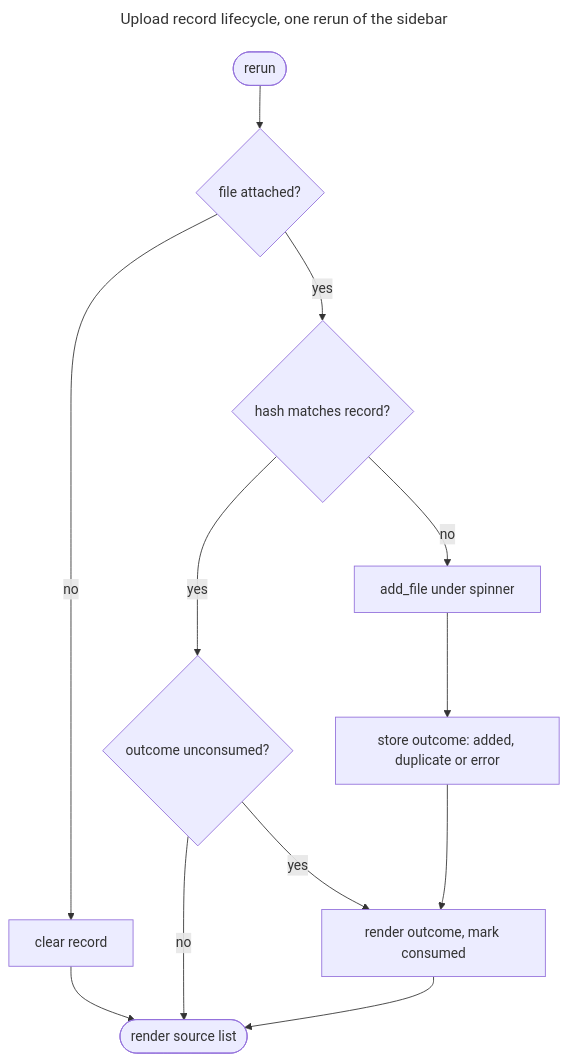
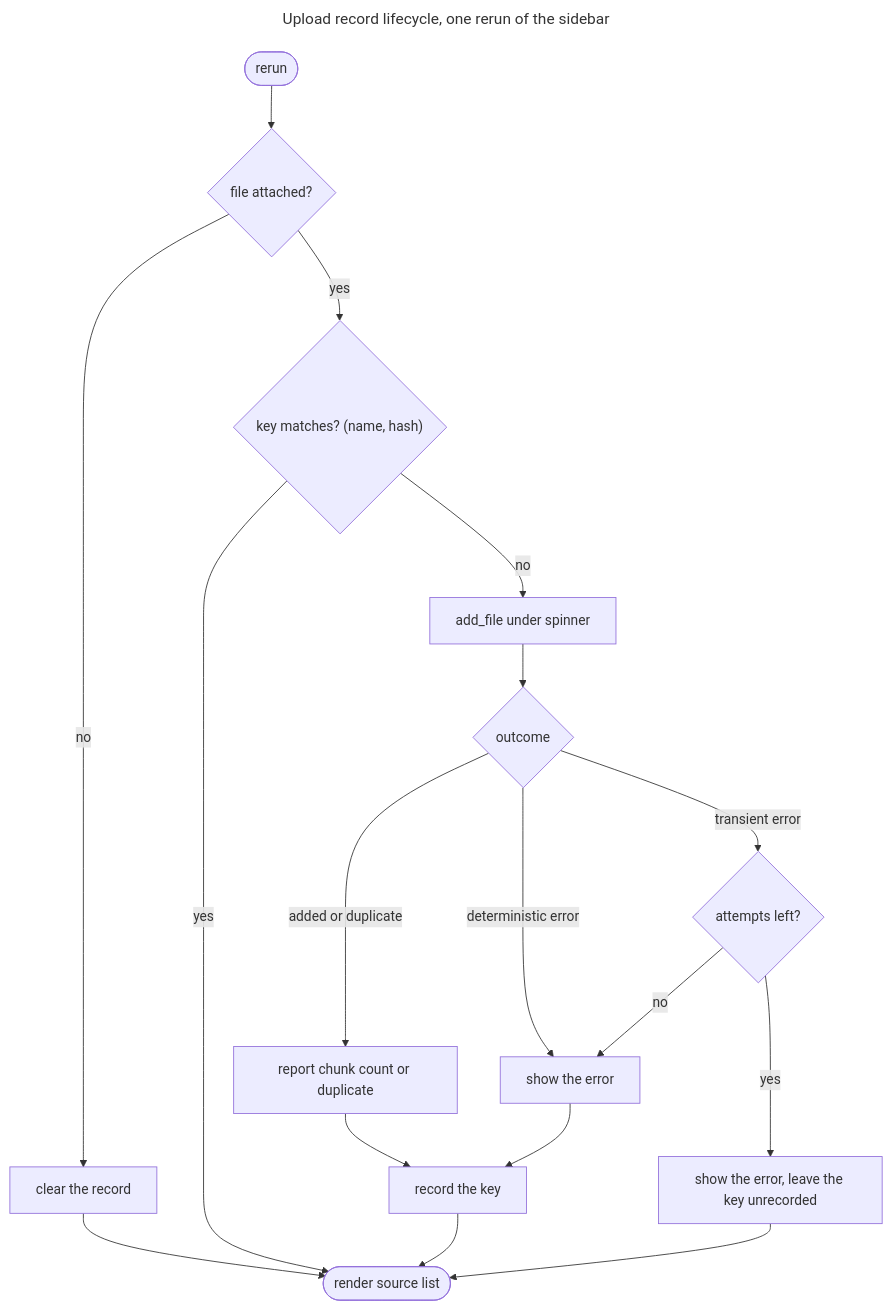
The diagram in docs/plans/ui-error-handling.md (aschog/cora), drawn with Mermaid before and after one commit. The commit also changed other lines of this file, not shown here.

First line of the commit message:
docs: redraw the upload flow and log the list_sources gap

````diff
--- a/docs/plans/ui-error-handling.md
+++ b/docs/plans/ui-error-handling.md
@@ -52,17 +52,22 @@
 ```mermaid
 ---
 title: Upload record lifecycle, one rerun of the sidebar
 ---
 flowchart TD
   start([rerun]) --> attached{file attached?}
-  attached -- no --> clear[clear record]
+  attached -- no --> clear[clear the record]
   clear --> done([render source list])
-  attached -- yes --> same{hash matches record?}
-  same -- yes --> pending{outcome unconsumed?}
-  pending -- no --> done
-  pending -- yes --> show[render outcome, mark consumed]
-  show --> done
+  attached -- yes --> same{"key matches? (name, hash)"}
+  same -- yes --> done
   same -- no --> ingest[add_file under spinner]
-  ingest --> store[store outcome: added, duplicate or error]
-  store --> show
+  ingest --> outcome{outcome}
+  outcome -- added or duplicate --> report[report chunk count or duplicate]
+  outcome -- deterministic error --> show[show the error]
+  outcome -- transient error --> retry{attempts left?}
+  retry -- no --> show
+  retry -- yes --> pending[show the error, leave the key unrecorded]
+  report --> record[record the key]
+  show --> record
+  record --> done
+  pending --> done
 ```
````
